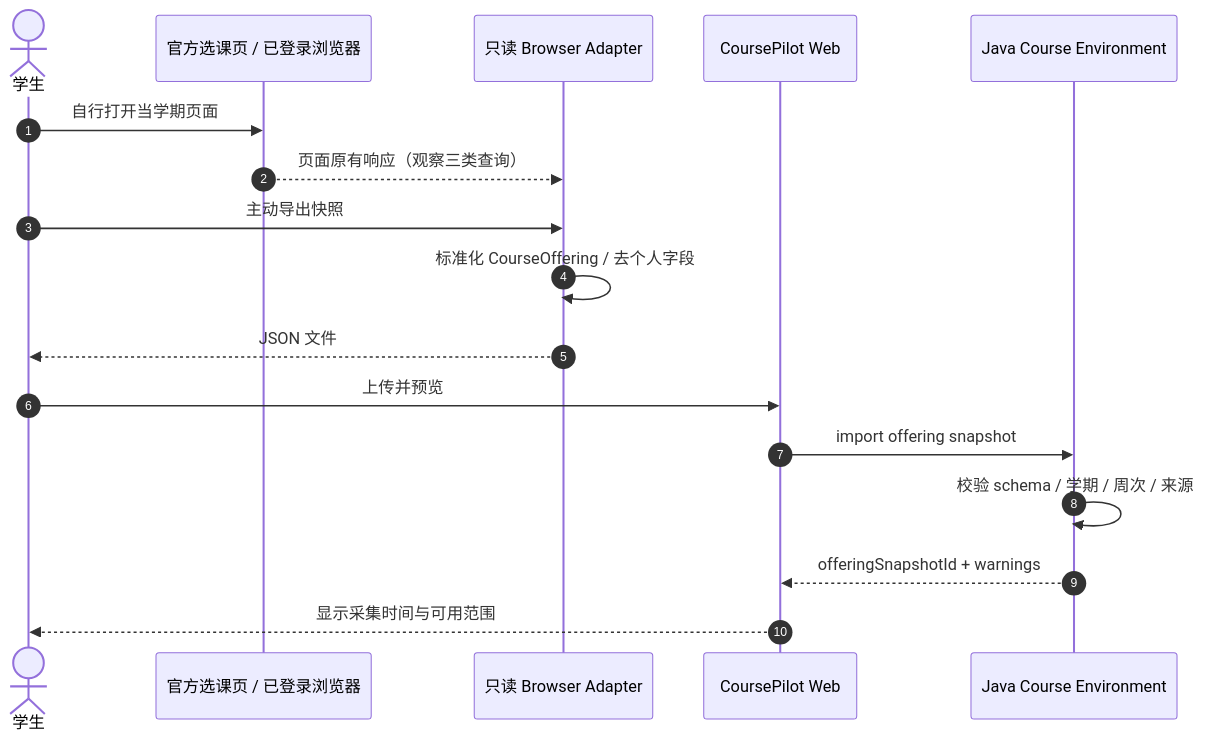
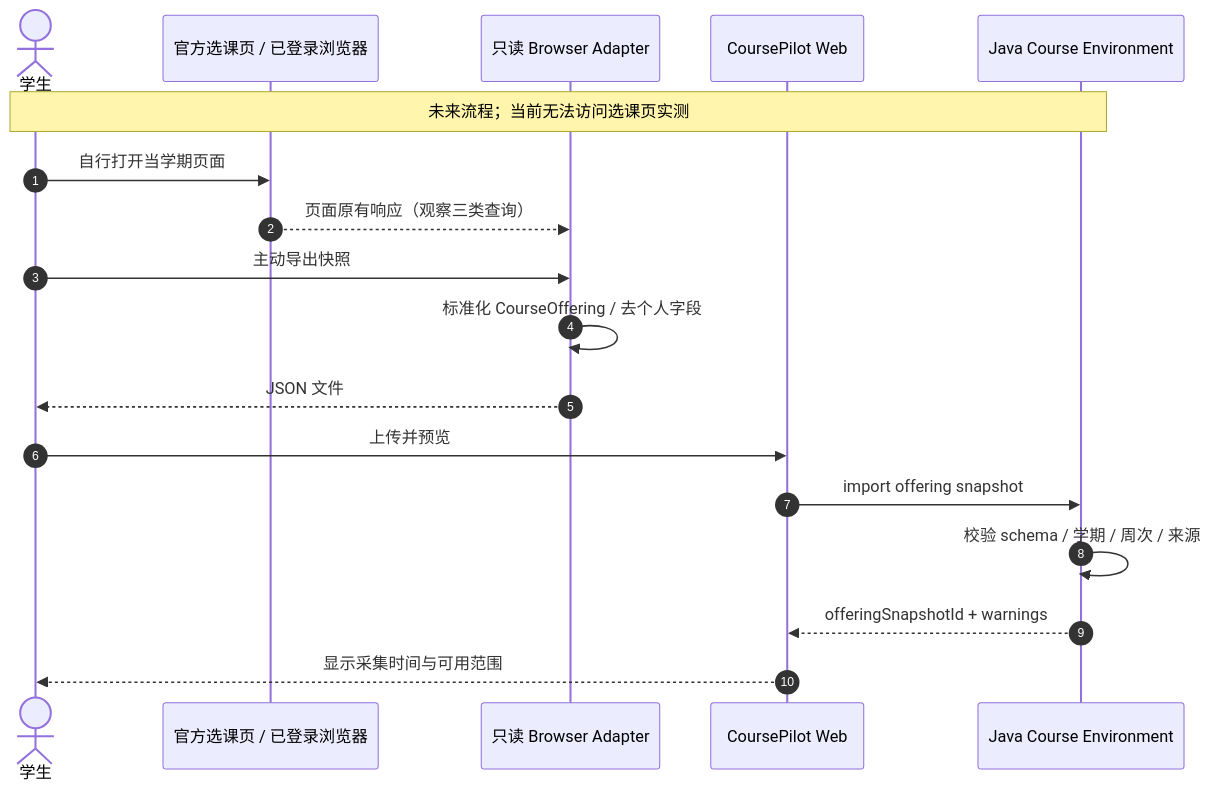
The diagram in docs/diagrams/browser-capture.mmd (HelicasECoode42/CoursePilot-Evo), drawn with Mermaid before and after one commit. The commit also changed 23 other files, not shown here.

```diff
--- a/docs/diagrams/browser-capture.mmd
+++ b/docs/diagrams/browser-capture.mmd
@@ -1,17 +1,18 @@
 sequenceDiagram
   autonumber
   actor Student as 学生
   participant JW as 官方选课页 / 已登录浏览器
   participant BA as 只读 Browser Adapter
   participant Web as CoursePilot Web
   participant Java as Java Course Environment
+  Note over Student,Java: 未来流程；当前无法访问选课页实测
   Student->>JW: 自行打开当学期页面
   JW-->>BA: 页面原有响应（观察三类查询）
   Student->>BA: 主动导出快照
   BA->>BA: 标准化 CourseOffering / 去个人字段
   BA-->>Student: JSON 文件
   Student->>Web: 上传并预览
   Web->>Java: import offering snapshot
   Java->>Java: 校验 schema / 学期 / 周次 / 来源
   Java-->>Web: offeringSnapshotId + warnings
   Web-->>Student: 显示采集时间与可用范围
```
